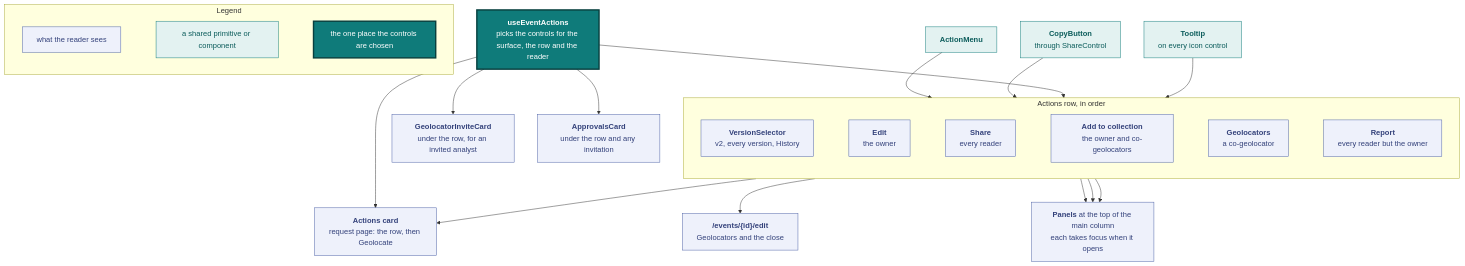
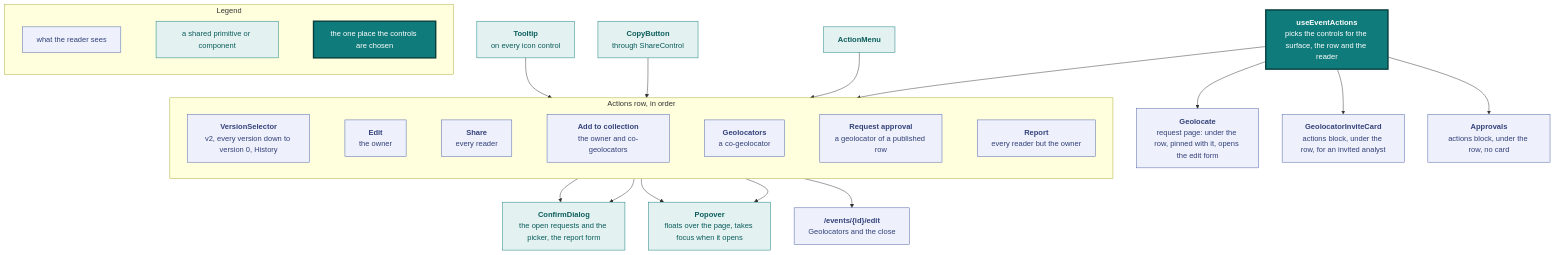
The eighth of 16 diagrams in docs/design.md (vidithq/vidit), drawn with Mermaid before and after one commit. The commit also changed other lines of this file and 617 other files, not shown here.

````diff
--- a/docs/design.md
+++ b/docs/design.md
@@ -617,63 +839,67 @@
 ```mermaid
 flowchart TB
   classDef spec fill:#eef1fb,stroke:#4a5fa5,color:#33417a
   classDef shared fill:#e3f2f1,stroke:#0f7b7a,color:#0b5c5b
   classDef core fill:#0f7b7a,stroke:#083f3e,stroke-width:3px,color:#ffffff
 
   subgraph legend [Legend]
     direction LR
     l1["`what the reader sees`"]:::spec
     l2["`a shared primitive or component`"]:::shared
     l3["`the one place the controls are chosen`"]:::core
     l1 ~~~ l2 ~~~ l3
   end
 
   hook["`**useEventActions**
   picks the controls for the surface, the row and the reader`"]:::core
 
   subgraph header [Actions row, in order]
     direction LR
     versions["`**VersionSelector**
-    v2, every version, History`"]:::spec
+    v2, every version down to version 0, History`"]:::spec
     edit["`**Edit**
     the owner`"]:::spec
     share["`**Share**
     every reader`"]:::spec
     collect["`**Add to collection**
     the owner and co-geolocators`"]:::spec
     credit["`**Geolocators**
     a co-geolocator`"]:::spec
+    ask["`**Request approval**
+    a geolocator of a published row`"]:::spec
     report["`**Report**
     every reader but the owner`"]:::spec
-    versions ~~~ edit ~~~ share ~~~ collect ~~~ credit ~~~ report
+    versions ~~~ edit ~~~ share ~~~ collect ~~~ credit ~~~ ask ~~~ report
   end
 
   menu["`**ActionMenu**`"]:::shared
   copy["`**CopyButton**
   through ShareControl`"]:::shared
   tooltip["`**Tooltip**
   on every icon control`"]:::shared
   editpage["`**/events/{id}/edit**
   Geolocators and the close`"]:::spec
-  panels["`**Panels** at the top of the main column
-  each takes focus when it opens`"]:::spec
+  popover["`**Popover**
+  floats over the page, takes focus when it opens`"]:::shared
   invite["`**GeolocatorInviteCard**
-  under the row, for an invited analyst`"]:::spec
-  card["`**ApprovalsCard**
-  under the row and any invitation`"]:::spec
-  actionscard["`**Actions card**
-  request page: the row, then Geolocate`"]:::spec
+  actions block, under the row, for an invited analyst`"]:::spec
+  approvals["`**Approvals**
+  actions block, under the row, no card`"]:::spec
+  dialog["`**ConfirmDialog**
+  the open requests and the picker, the report form`"]:::shared
+  geolocate["`**Geolocate**
+  request page: under the row, pinned with it, opens the edit form`"]:::spec
 
   hook --> header
+  hook --> approvals
   hook --> invite
-  hook --> card
-  hook --> actionscard
-  header --> actionscard
+  hook --> geolocate
   menu --> versions
   copy --> share
   tooltip --> header
   edit --> editpage
-  collect --> panels
-  credit --> panels
-  report --> panels
+  collect --> popover
+  credit --> popover
+  ask --> dialog
+  report --> dialog
 ```
````
